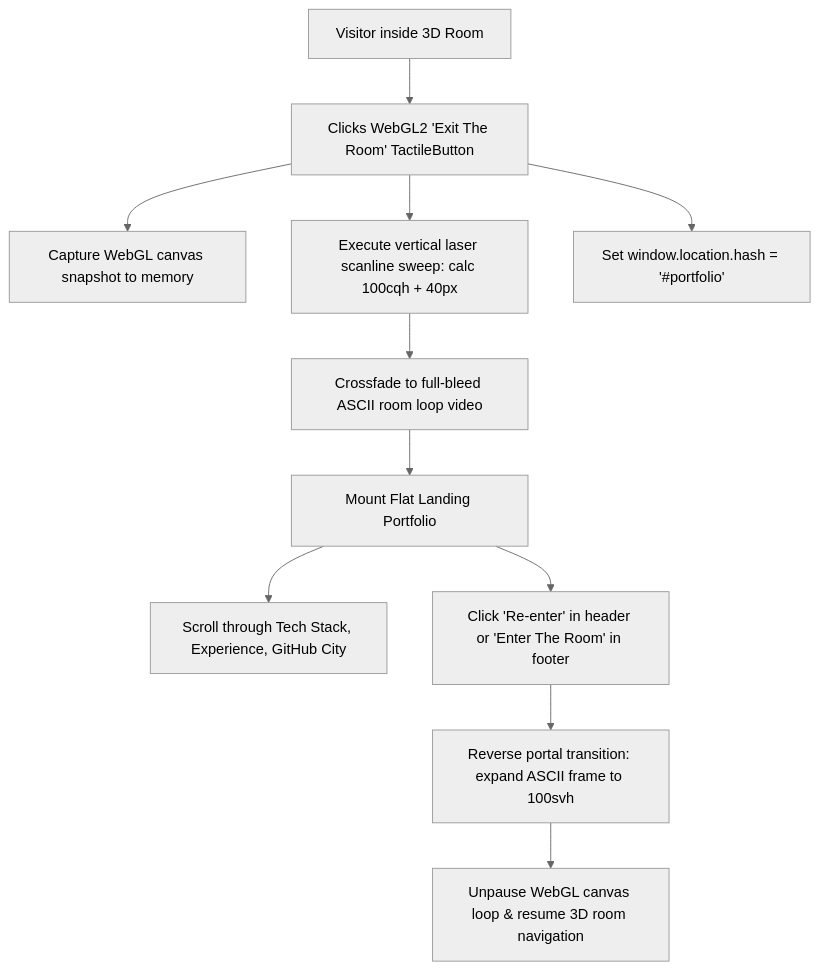
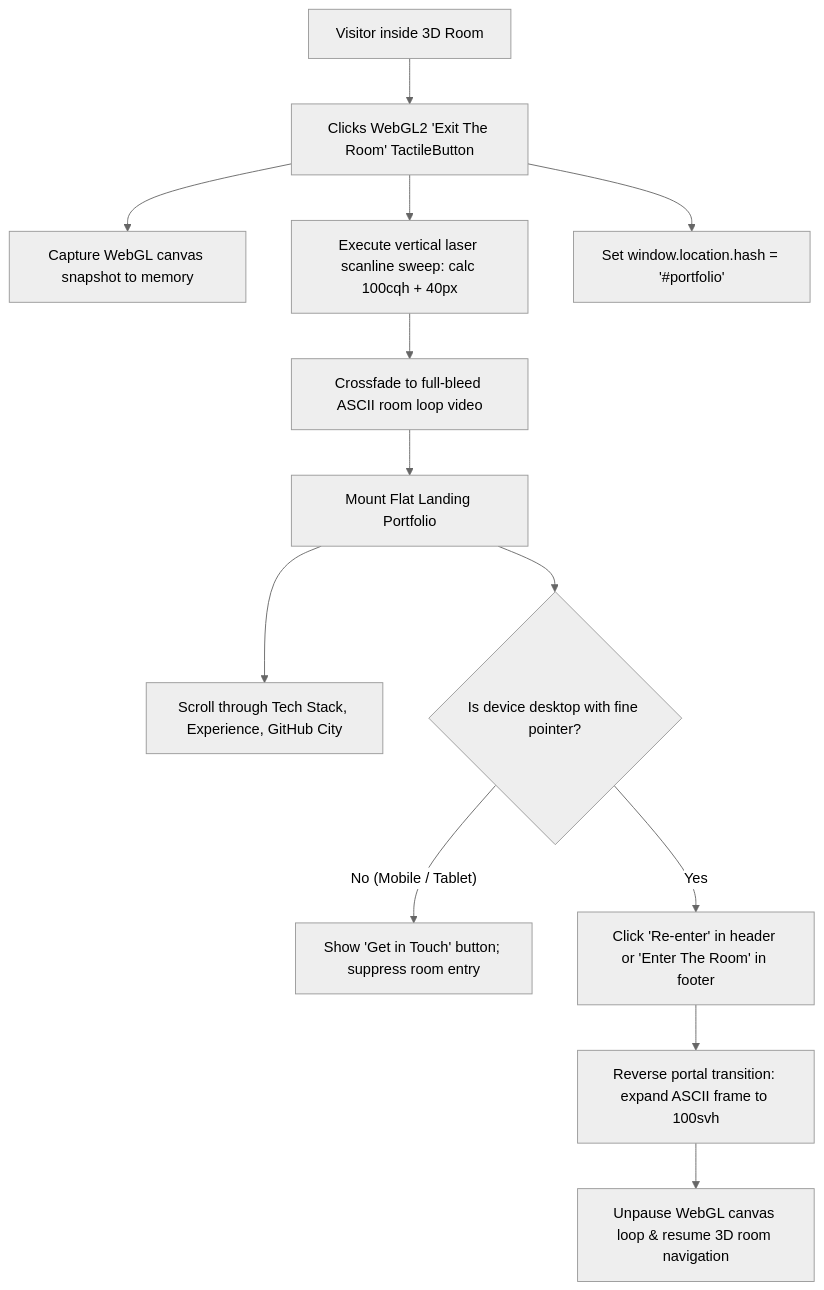
One commit to AmirRghp/protfolio changed the sixth of 6 diagrams in docs/UX_FLOWS.md. Above: the diagram before and after it, drawn with Mermaid (neutral theme). The commit also changed other lines of this file and 9 other files, not shown here.

````diff
--- a/docs/UX_FLOWS.md
+++ b/docs/UX_FLOWS.md
@@ -127,16 +129,18 @@
 ```mermaid
 flowchart TD
     InRoom[Visitor inside 3D Room] --> ClickExit[Clicks WebGL2 'Exit The Room' TactileButton]
     ClickExit --> Snapshot[Capture WebGL canvas snapshot to memory]
     ClickExit --> StartPortal[Execute vertical laser scanline sweep: calc 100cqh + 40px]
     ClickExit --> UpdateHash[Set window.location.hash = '#portfolio']
     
     StartPortal --> RevealFlat[Crossfade to full-bleed ASCII room loop video]
     RevealFlat --> FlatLandingActive[Mount Flat Landing Portfolio]
     
     FlatLandingActive --> ScrollExplore[Scroll through Tech Stack, Experience, GitHub City]
     
-    FlatLandingActive --> ClickReenter[Click 'Re-enter' in header or 'Enter The Room' in footer]
+    FlatLandingActive --> CheckReenterDevice{Is device desktop with fine pointer?}
+    CheckReenterDevice -- No (Mobile / Tablet) --> MobileNav[Show 'Get in Touch' button; suppress room entry]
+    CheckReenterDevice -- Yes --> ClickReenter[Click 'Re-enter' in header or 'Enter The Room' in footer]
     ClickReenter --> ExpandVideo[Reverse portal transition: expand ASCII frame to 100svh]
     ExpandVideo --> RestoreRoom[Unpause WebGL canvas loop & resume 3D room navigation]
 ```
````
